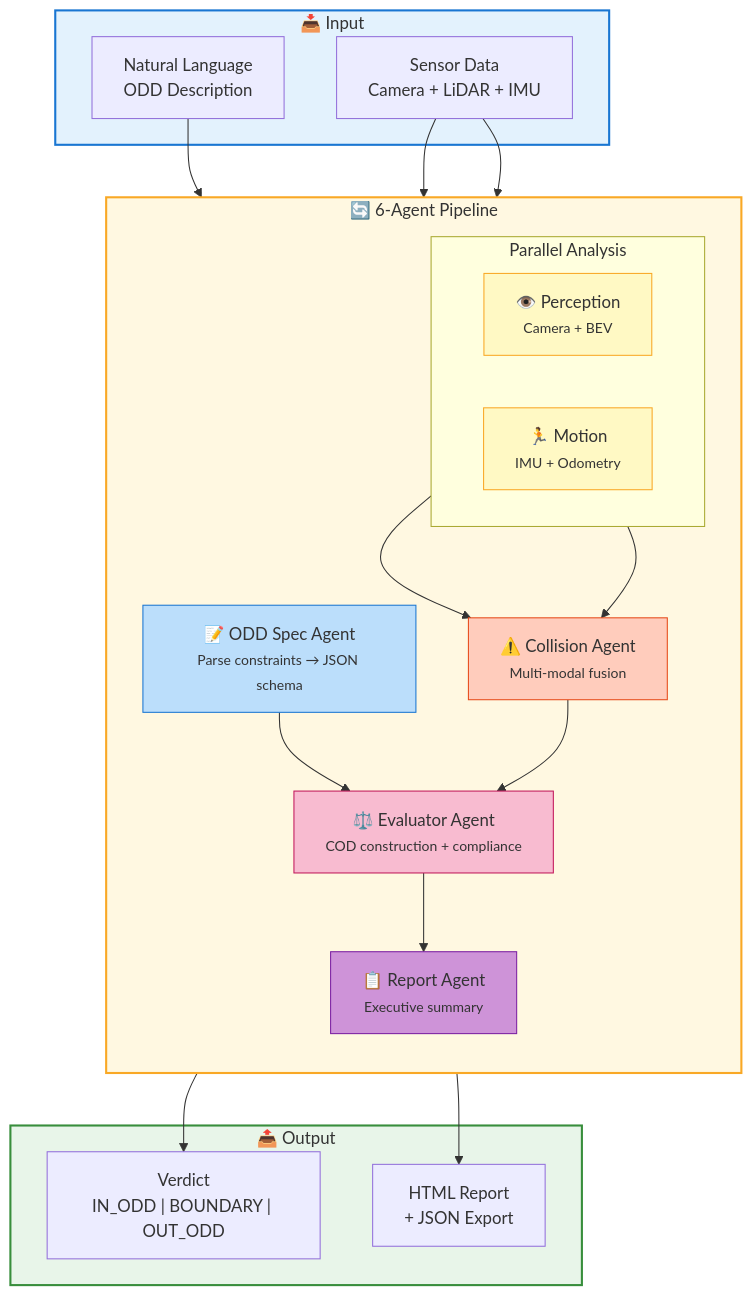
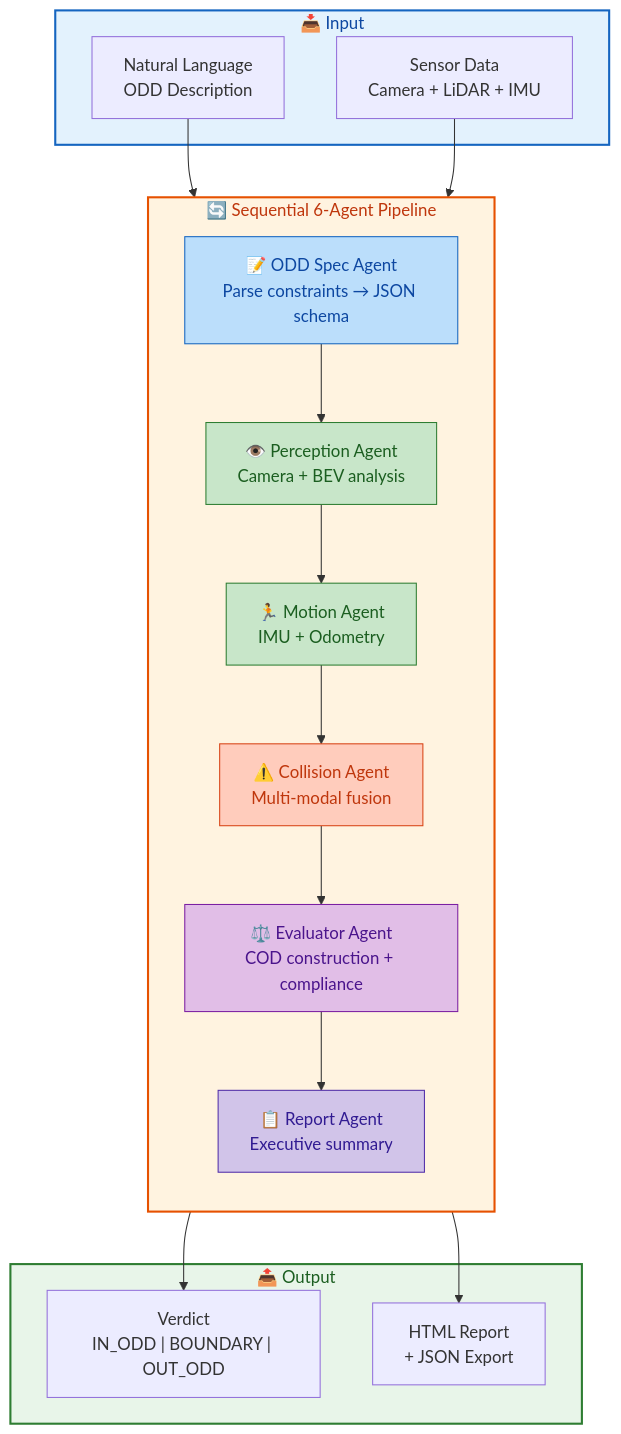
The first of 2 diagrams in README.md (danmartinez78/go2-odd-observer), drawn with Mermaid before and after one commit. The commit also changed 1 other file, not shown here.

Commit message:
Fix pipeline diagrams: sequential not parallel
- README mermaid: Remove 'Parallel Analysis' subgraph, show sequential flow
- README mermaid: Darker text colors for readability
- index.html: Show all 6 agents in vertical sequential layout
- index.html: Change 'Parallel sensor agent execution' to 'Sequential agent execution'

````diff
--- a/README.md
+++ b/README.md
@@ -119,46 +119,41 @@
 ```mermaid
 flowchart TB
     subgraph INPUT["📥 Input"]
         ODD["Natural Language<br/>ODD Description"]
         DATA["Sensor Data<br/>Camera + LiDAR + IMU"]
     end
 
-    subgraph PIPELINE["🔄 6-Agent Pipeline"]
+    subgraph PIPELINE["🔄 Sequential 6-Agent Pipeline"]
         direction TB
-        A["📝 ODD Spec Agent<br/><small>Parse constraints → JSON schema</small>"]
-        
-        subgraph ANALYSIS["Parallel Analysis"]
-            direction LR
-            B["👁️ Perception<br/><small>Camera + BEV</small>"]
-            C["🏃 Motion<br/><small>IMU + Odometry</small>"]
-        end
-        
-        D["⚠️ Collision Agent<br/><small>Multi-modal fusion</small>"]
-        E["⚖️ Evaluator Agent<br/><small>COD construction + compliance</small>"]
-        F["📋 Report Agent<br/><small>Executive summary</small>"]
+        A["📝 ODD Spec Agent<br/>Parse constraints → JSON schema"]
+        B["👁️ Perception Agent<br/>Camera + BEV analysis"]
+        C["🏃 Motion Agent<br/>IMU + Odometry"]
+        D["⚠️ Collision Agent<br/>Multi-modal fusion"]
+        E["⚖️ Evaluator Agent<br/>COD construction + compliance"]
+        F["📋 Report Agent<br/>Executive summary"]
     end
 
     subgraph OUTPUT["📤 Output"]
         VERDICT["Verdict<br/>IN_ODD | BOUNDARY | OUT_ODD"]
         REPORT["HTML Report<br/>+ JSON Export"]
     end
 
     ODD --> A
-    DATA --> B & C
-    A --> E
-    B --> D
+    DATA --> B
+    A --> B
+    B --> C
     C --> D
     D --> E
     E --> F
     F --> VERDICT & REPORT
 
-    style INPUT fill:#e3f2fd,stroke:#1976d2,stroke-width:2px
-    style PIPELINE fill:#fff8e1,stroke:#f9a825,stroke-width:2px
-    style OUTPUT fill:#e8f5e9,stroke:#388e3c,stroke-width:2px
-    style A fill:#bbdefb,stroke:#1976d2
-    style B fill:#fff9c4,stroke:#f9a825
-    style C fill:#fff9c4,stroke:#f9a825
-    style D fill:#ffccbc,stroke:#e64a19
-    style E fill:#f8bbd0,stroke:#c2185b
-    style F fill:#ce93d8,stroke:#7b1fa2
+    style INPUT fill:#e3f2fd,stroke:#1565c0,stroke-width:2px,color:#0d47a1
+    style PIPELINE fill:#fff3e0,stroke:#e65100,stroke-width:2px,color:#bf360c
+    style OUTPUT fill:#e8f5e9,stroke:#2e7d32,stroke-width:2px,color:#1b5e20
+    style A fill:#bbdefb,stroke:#1565c0,color:#0d47a1
+    style B fill:#c8e6c9,stroke:#2e7d32,color:#1b5e20
+    style C fill:#c8e6c9,stroke:#2e7d32,color:#1b5e20
+    style D fill:#ffccbc,stroke:#d84315,color:#bf360c
+    style E fill:#e1bee7,stroke:#7b1fa2,color:#4a148c
+    style F fill:#d1c4e9,stroke:#512da8,color:#311b92
 ```
````
